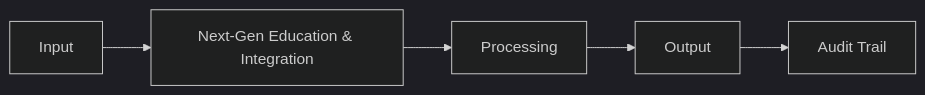
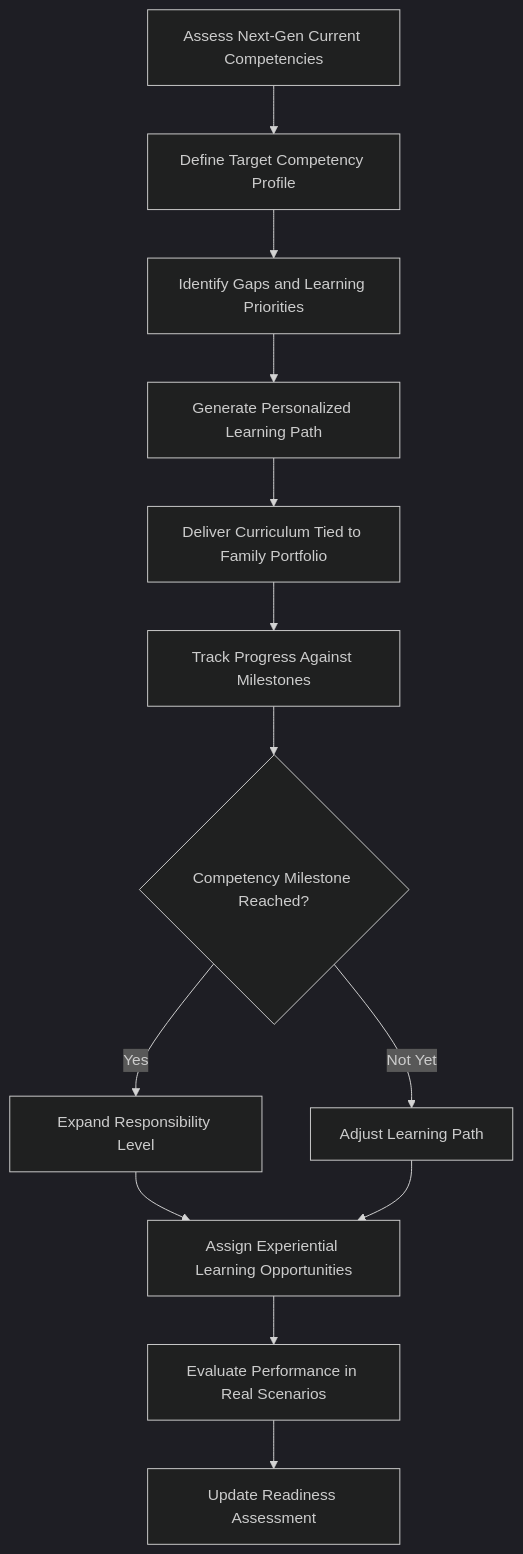
One commit to andrew-leo-2024/marketplace-docs changed the diagram in docs/audiences/06-family-offices/next-gen-education-integration.mdx. Above: the diagram before and after it, drawn with Mermaid (dark theme). The commit also changed other lines of this file and 401 other files, not shown here.

````diff
--- a/docs/audiences/06-family-offices/next-gen-education-integration.mdx
+++ b/docs/audiences/06-family-offices/next-gen-education-integration.mdx
@@ -29,7 +35,15 @@
 ```mermaid
-graph LR
-    A[Input] --> B[Next-Gen Education & Integration]
-    B --> C[Processing]
-    C --> D[Output]
-    D --> E[Audit Trail]
+graph TD
+    A[Assess Next-Gen Current Competencies] --> B[Define Target Competency Profile]
+    B --> C[Identify Gaps and Learning Priorities]
+    C --> D[Generate Personalized Learning Path]
+    D --> E[Deliver Curriculum Tied to Family Portfolio]
+    E --> F[Track Progress Against Milestones]
+    F --> G{Competency Milestone Reached?}
+    G -->|Yes| H[Expand Responsibility Level]
+    G -->|Not Yet| I[Adjust Learning Path]
+    H --> J[Assign Experiential Learning Opportunities]
+    I --> J
+    J --> K[Evaluate Performance in Real Scenarios]
+    K --> L[Update Readiness Assessment]
 ```
````
